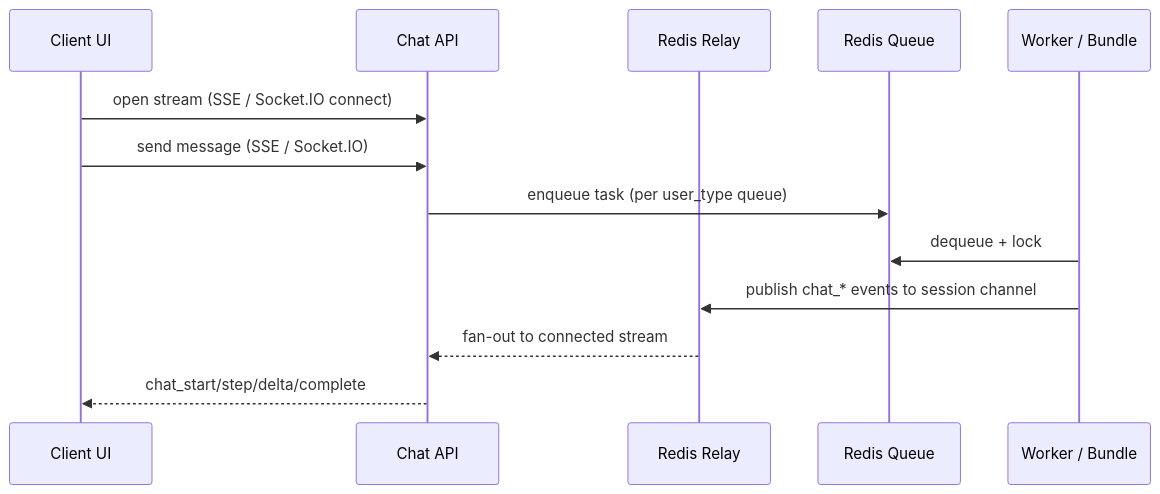
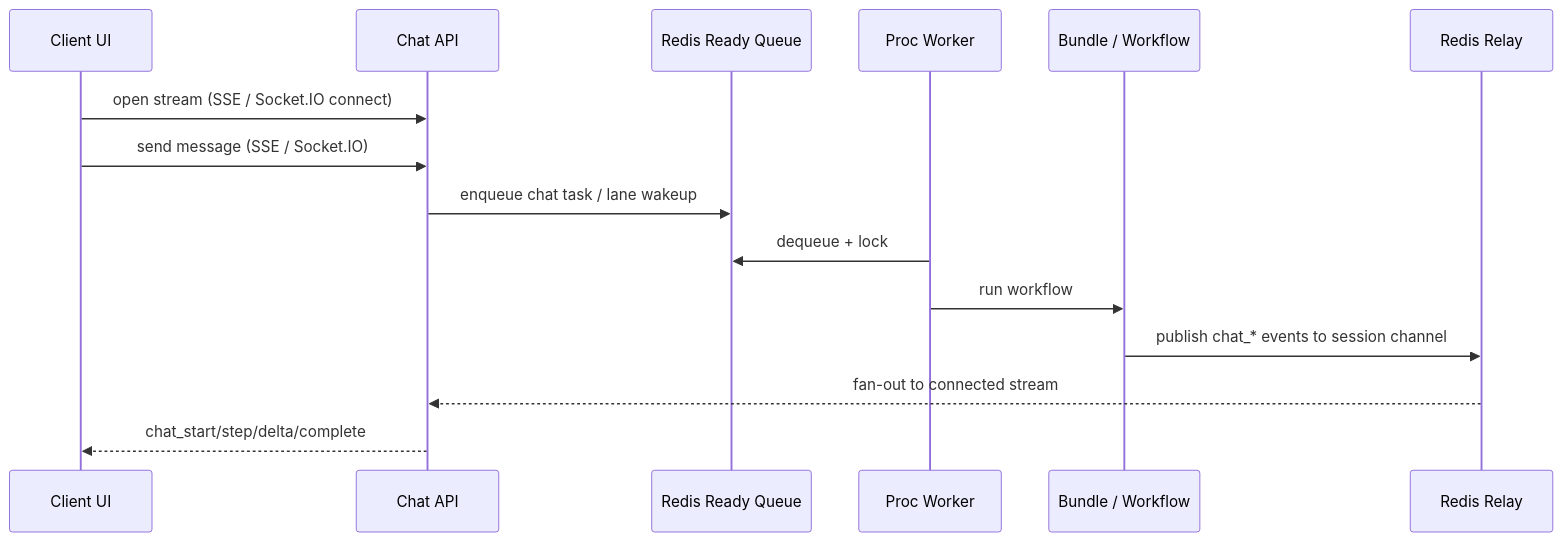
Before and after one commit to kdcube/kdcube-ai-app: the third of 4 diagrams in app/ai-app/docs/arch/architecture-short.md, drawn with Mermaid. The commit also changed other lines of this file and 10 other files, not shown here.

Commit message:
docs: refresh proc ingress and data bus architecture

````diff
--- a/app/ai-app/docs/arch/architecture-short.md
+++ b/app/ai-app/docs/arch/architecture-short.md
@@ -173,16 +180,18 @@
 ```mermaid
 sequenceDiagram
   participant UI as Client UI
   participant API as Chat API
+  participant Q as Redis Ready Queue
+  participant W as Proc Worker
+  participant B as Bundle / Workflow
   participant RL as Redis Relay
-  participant Q as Redis Queue
-  participant W as Worker / Bundle
 
   UI->>API: open stream (SSE / Socket.IO connect)
   UI->>API: send message (SSE / Socket.IO)
-  API->>Q: enqueue task (per user_type queue)
+  API->>Q: enqueue chat task / lane wakeup
   W->>Q: dequeue + lock
-  W->>RL: publish chat_* events to session channel
+  W->>B: run workflow
+  B->>RL: publish chat_* events to session channel
   RL-->>API: fan-out to connected stream
   API-->>UI: chat_start/step/delta/complete
 ```
````
